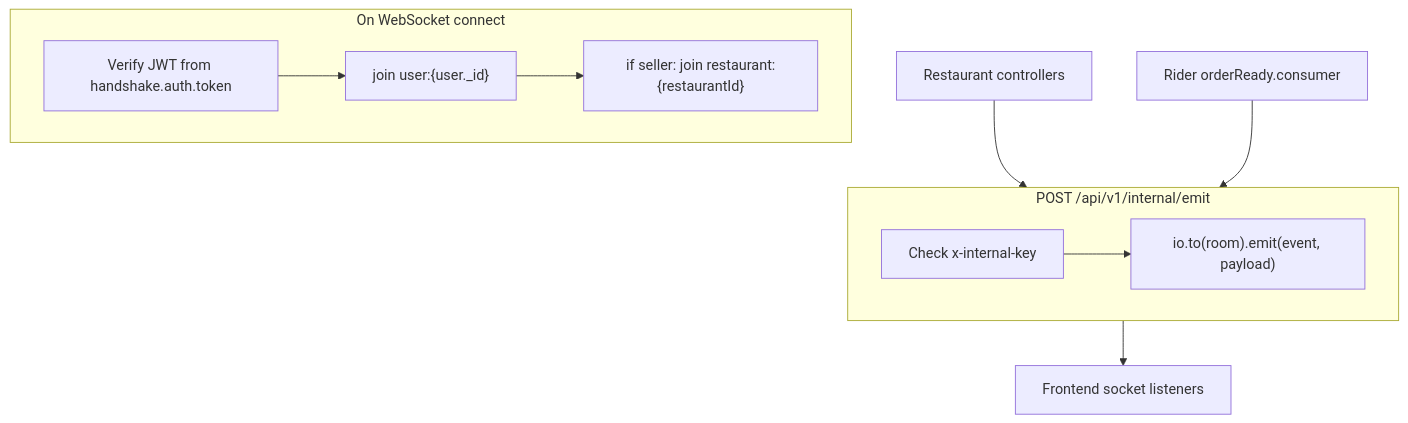
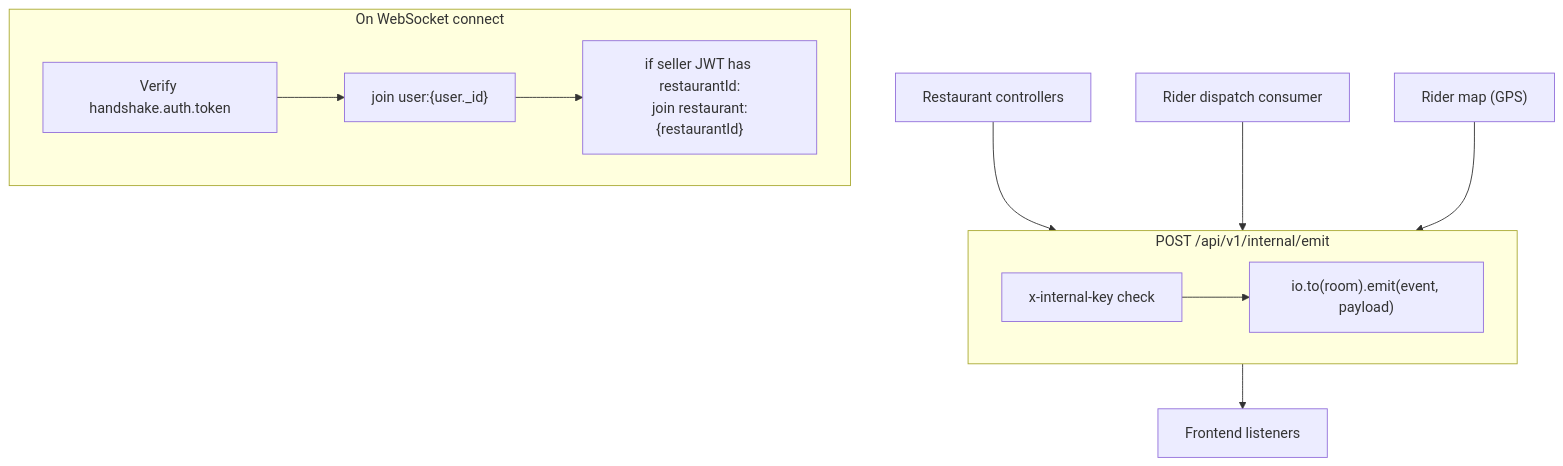
Before and after one commit to subhm2004/ByteBites: diagram 14 of 18 in ARCHITECTURE.md, drawn with Mermaid. The commit also changed other lines of this file and 1 other file, not shown here.

````diff
--- a/ARCHITECTURE.md
+++ b/ARCHITECTURE.md
@@ -246,19 +497,20 @@
 ```mermaid
 flowchart TB
     subgraph Connect["On WebSocket connect"]
-        JWT["Verify JWT from handshake.auth.token"]
-        JOIN1["join user:{user._id}"]
-        JOIN2["if seller: join restaurant:{restaurantId}"]
-        JWT --> JOIN1 --> JOIN2
+        JWT["Verify handshake.auth.token"]
+        U["join user:{user._id}"]
+        S["if seller JWT has restaurantId:<br/>join restaurant:{restaurantId}"]
+        JWT --> U --> S
     end
 
     subgraph Internal["POST /api/v1/internal/emit"]
-        KEY["Check x-internal-key"]
+        KEY["x-internal-key check"]
         EMIT["io.to(room).emit(event, payload)"]
         KEY --> EMIT
     end
 
     REST_C["Restaurant controllers"] --> Internal
-    RID_C["Rider orderReady.consumer"] --> Internal
-    Internal --> FE["Frontend socket listeners"]
+    RID_C["Rider dispatch consumer"] --> Internal
+    FE_RIDER["Rider map (GPS)"] --> Internal
+    Internal --> CLIENT["Frontend listeners"]
 ```
````
